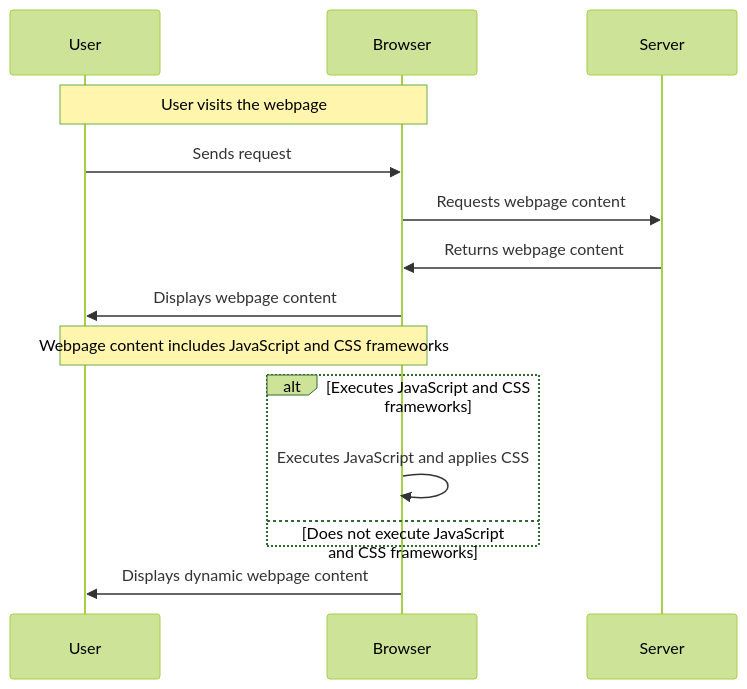
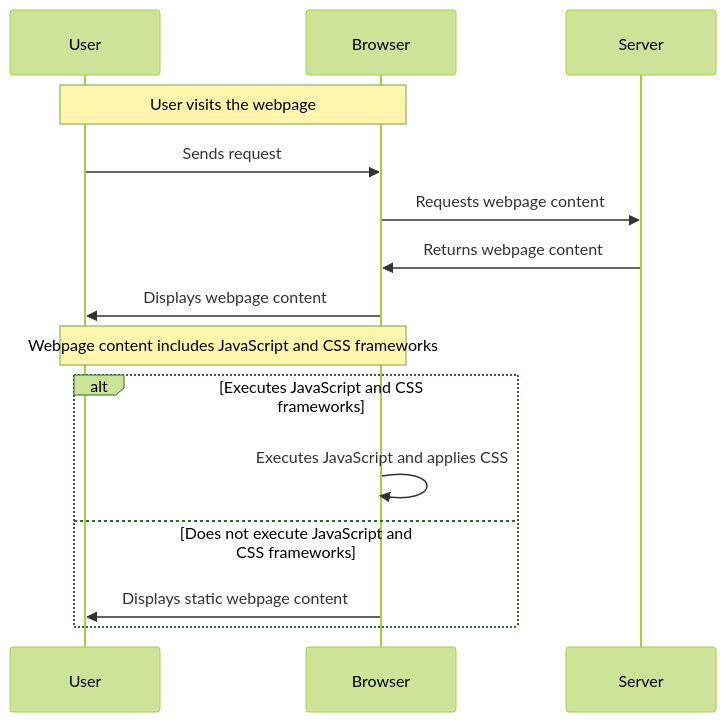
Before and after one commit to a920604a/engineernews: the diagram in src/content/posts/product/_2026-05-23-may-the-4th-be-with-you.en.md, drawn with Mermaid (forest theme). The commit also changed 4 other files, not shown here.

Commit message:
fix: auto-fix mermaid syntax errors in posts

````diff
--- a/src/content/posts/product/_2026-05-23-may-the-4th-be-with-you.en.md
+++ b/src/content/posts/product/_2026-05-23-may-the-4th-be-with-you.en.md
@@ -29,18 +29,18 @@
 ```mermaid
 sequenceDiagram
     participant User as User
     participant Browser as Browser
     participant Server as Server
 
     Note over User,Browser: User visits the webpage
     User->>Browser: Sends request
     Browser->>Server: Requests webpage content
     Server->>Browser: Returns webpage content
     Browser->>User: Displays webpage content
     Note over User,Browser: Webpage content includes JavaScript and CSS frameworks
     alt Executes JavaScript and CSS frameworks
         Browser->>Browser: Executes JavaScript and applies CSS
     else Does not execute JavaScript and CSS frameworks
+        Browser->>User: Displays static webpage content
     end
-    Browser->>User: Displays dynamic webpage content
 ```
````
